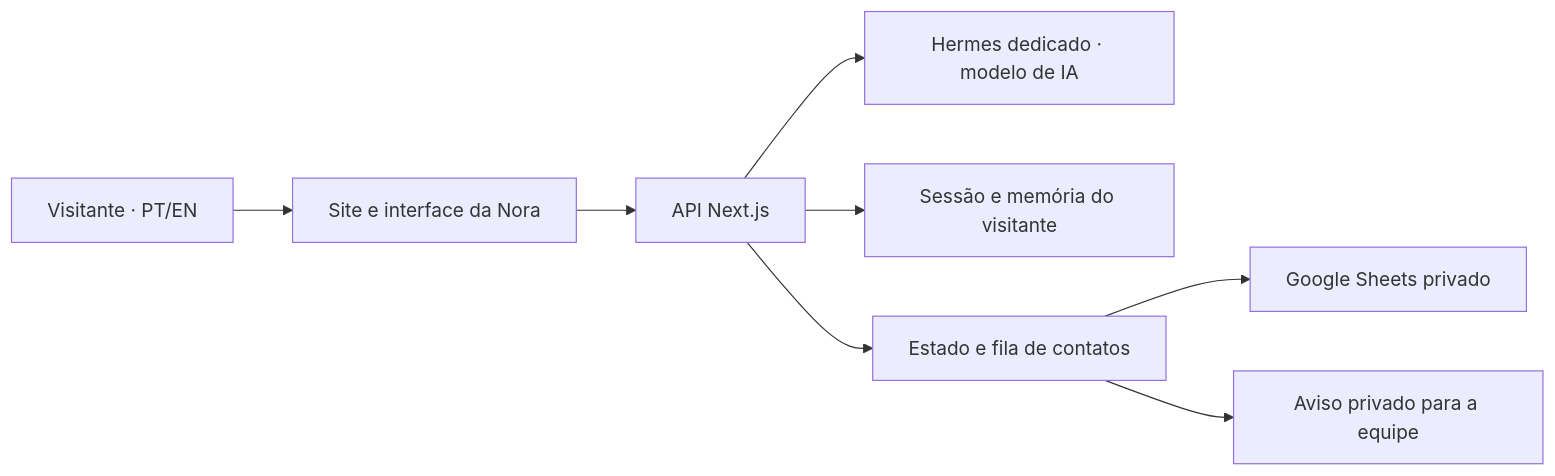
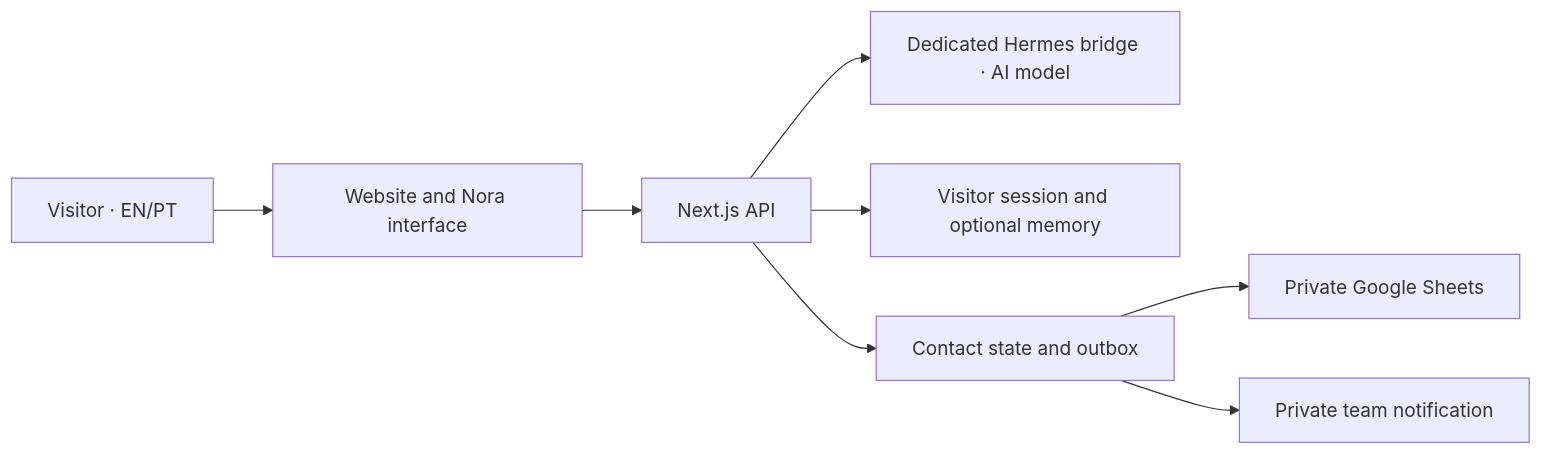
The diagram in README.md (JE4NVRG/jeanvargas.dev), drawn with Mermaid before and after one commit. The commit also changed other lines of this file and 207 other files, not shown here.

````diff
--- a/README.md
+++ b/README.md
@@ -99,10 +112,10 @@
 ```mermaid
 flowchart LR
-  Visitante["Visitante · PT/EN"] --> Site["Site e interface da Nora"]
-  Site --> API["API Next.js"]
-  API --> Modelo["Hermes dedicado · modelo de IA"]
-  API --> Memoria["Sessão e memória do visitante"]
-  API --> Contatos["Estado e fila de contatos"]
-  Contatos --> Sheets["Google Sheets privado"]
-  Contatos --> Equipe["Aviso privado para a equipe"]
+  Visitor["Visitor · EN/PT"] --> Site["Website and Nora interface"]
+  Site --> API["Next.js API"]
+  API --> Model["Dedicated Hermes bridge · AI model"]
+  API --> Memory["Visitor session and optional memory"]
+  API --> Contacts["Contact state and outbox"]
+  Contacts --> Sheets["Private Google Sheets"]
+  Contacts --> Team["Private team notification"]
 ```
````
